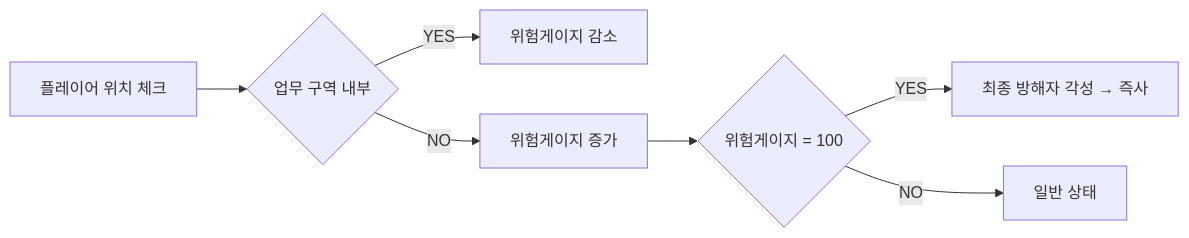
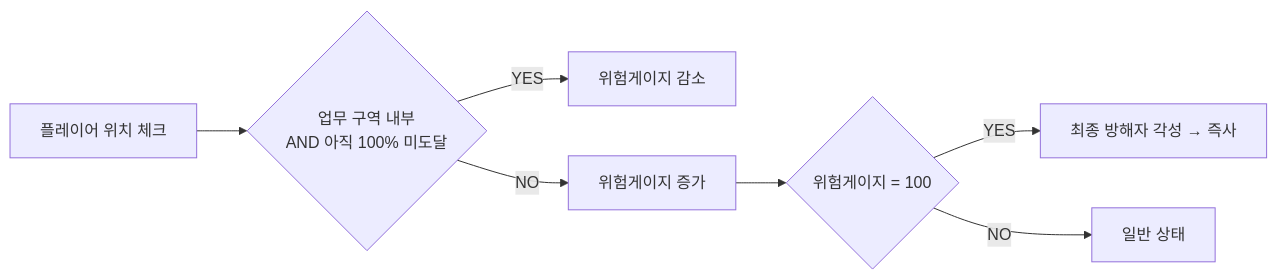
The third of 3 diagrams in README.md (bell-ha/delrev-game), drawn with Mermaid before and after one commit. The commit also changed other lines of this file and 2 other files, not shown here.

````diff
--- a/README.md
+++ b/README.md
@@ -189,9 +198,9 @@
 ```mermaid
 flowchart LR
-  A["플레이어 위치 체크"] --> B{"업무 구역 내부"}
+  A["플레이어 위치 체크"] --> B{"업무 구역 내부<br/>AND 아직 100% 미도달"}
   B -->|YES| C["위험게이지 감소"]
   B -->|NO| D["위험게이지 증가"]
   D --> E{"위험게이지 = 100"}
   E -->|YES| F["최종 방해자 각성 → 즉사"]
   E -->|NO| G["일반 상태"]
 ```
````
